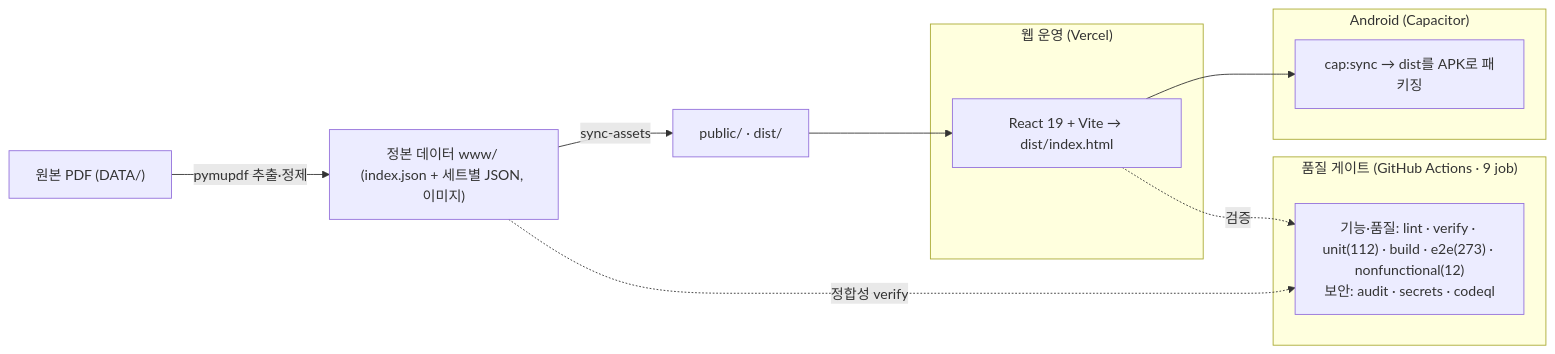
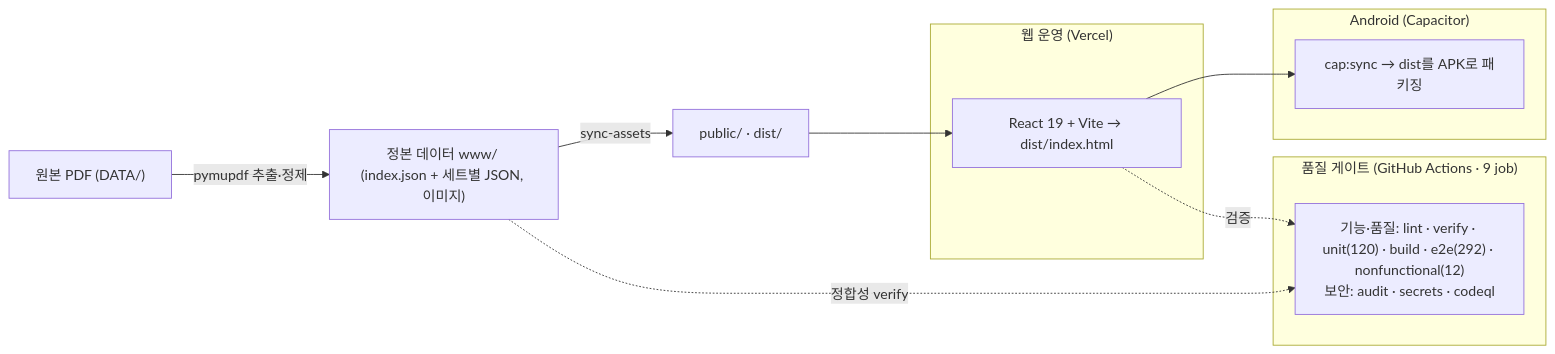
One commit to WindowHyun/ISTQB changed the diagram in README.md. Above: the diagram before and after it, drawn with Mermaid. The commit also changed other lines of this file and 30 other files, not shown here.

````diff
--- a/README.md
+++ b/README.md
@@ -176,20 +176,20 @@
 ```mermaid
 flowchart LR
   PDF["원본 PDF (DATA/)"] -->|pymupdf 추출·정제| SRC["정본 데이터 www/ (index.json + 세트별 JSON, 이미지)"]
   SRC -->|sync-assets| PUB["public/ · dist/"]
 
   subgraph 웹_운영["웹 운영 (Vercel)"]
     REACT["React 19 + Vite → dist/index.html"]
   end
   subgraph APK["Android (Capacitor)"]
     CAP["cap:sync → dist를 APK로 패키징"]
   end
   PUB --> REACT
   REACT --> CAP
 
   subgraph 품질["품질 게이트 (GitHub Actions · 9 job)"]
-    CI["기능·품질: lint · verify · unit(112) · build · e2e(273) · nonfunctional(12)<br/>보안: audit · secrets · codeql"]
+    CI["기능·품질: lint · verify · unit(120) · build · e2e(292) · nonfunctional(12)<br/>보안: audit · secrets · codeql"]
   end
   REACT -.검증.-> CI
   SRC -.정합성 verify.-> CI
 ```
````
